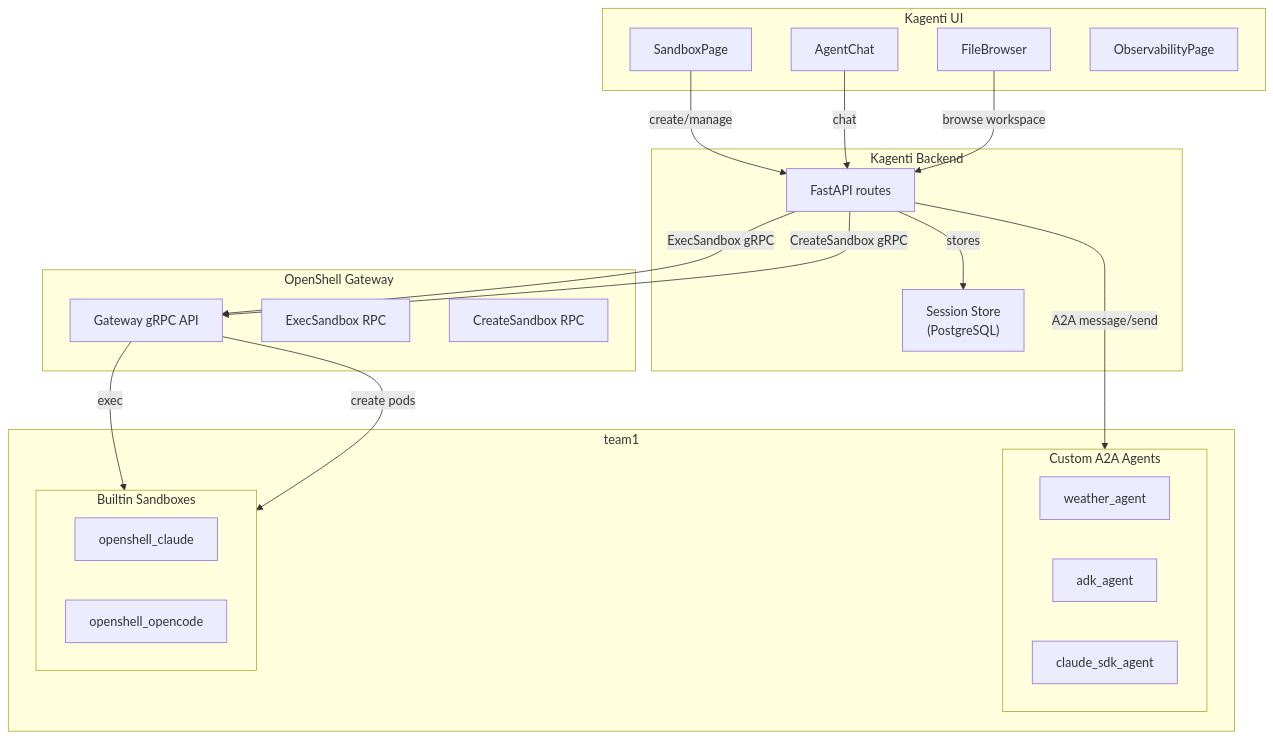
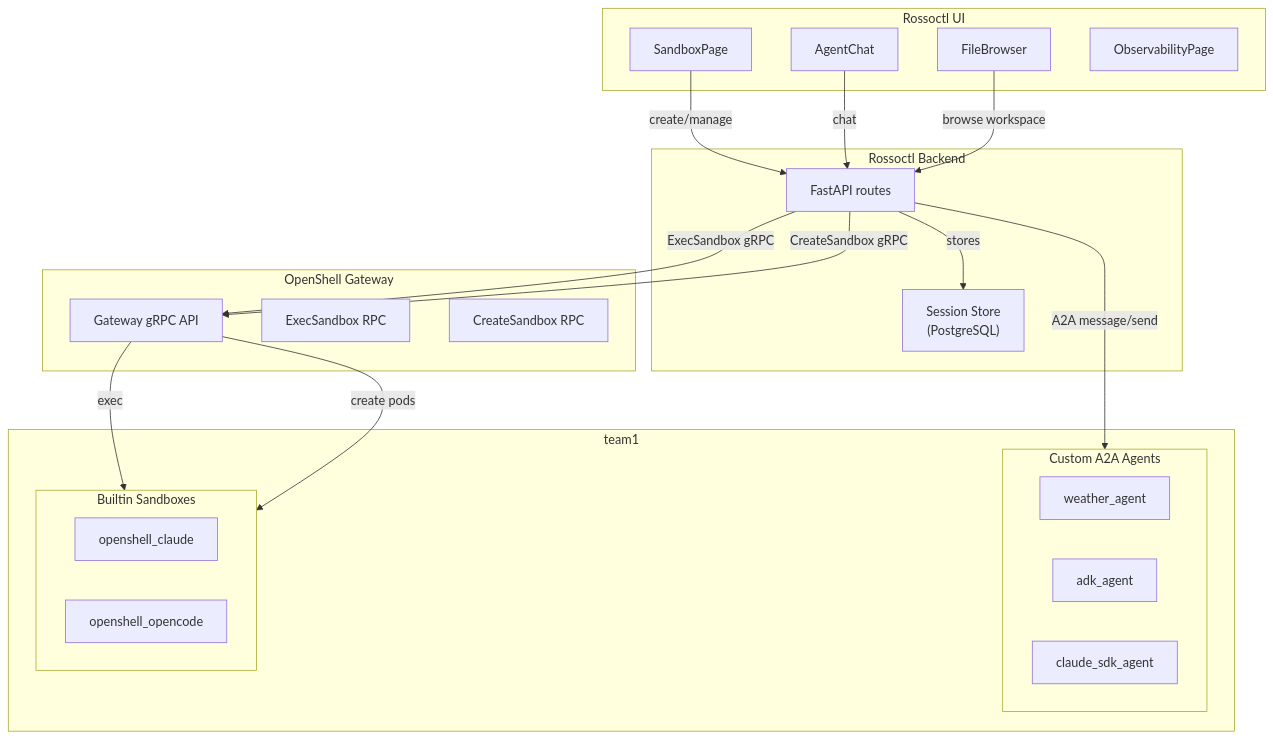
Before and after one commit to kagenti/kagenti: the sixth of 6 diagrams in docs/agentic-runtime/openshell-integration.md, drawn with Mermaid. The commit also changed other lines of this file and 1316 other files, not shown here.

First line of the commit message:
⚠️ Rename Kagenti → Rossoctl across the flagship repo (→ rossoctl)

````diff
--- a/docs/agentic-runtime/openshell-integration.md
+++ b/docs/agentic-runtime/openshell-integration.md
@@ -428,42 +428,42 @@
 ```mermaid
 graph TB
-    subgraph ui["Kagenti UI"]
+    subgraph ui["Rossoctl UI"]
         SC["SandboxPage"]
         AC["AgentChat"]
         FB["FileBrowser"]
         OP["ObservabilityPage"]
     end
 
-    subgraph backend["Kagenti Backend"]
+    subgraph backend["Rossoctl Backend"]
         API["FastAPI routes"]
         SS["Session Store<br/>(PostgreSQL)"]
         API -->|"stores"| SS
     end
 
     subgraph gateway["OpenShell Gateway"]
         GW["Gateway gRPC API"]
         ES["ExecSandbox RPC"]
         CS["CreateSandbox RPC"]
     end
 
     subgraph agents["team1"]
         subgraph a2a_agents["Custom A2A Agents"]
             WA["weather_agent"]
             ADK["adk_agent"]
             CL["claude_sdk_agent"]
         end
         subgraph sandboxes["Builtin Sandboxes"]
             OC["openshell_claude"]
             OO["openshell_opencode"]
         end
     end
 
     SC -->|"create/manage"| API
     AC -->|"chat"| API
     FB -->|"browse workspace"| API
     API -->|"A2A message/send"| a2a_agents
     API -->|"ExecSandbox gRPC"| GW
     API -->|"CreateSandbox gRPC"| GW
     GW -->|"exec"| sandboxes
     GW -->|"create pods"| sandboxes
 ```
````
